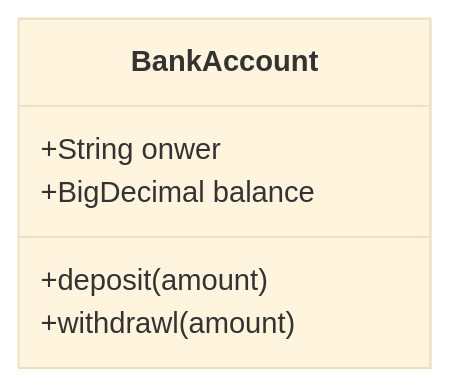
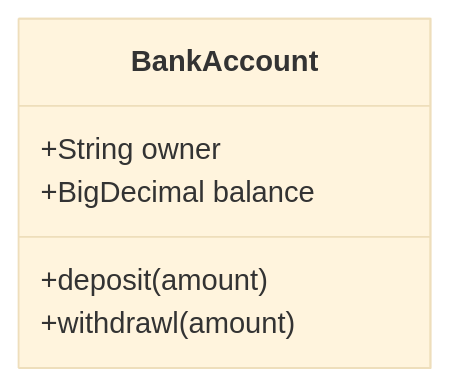
One commit to aazminu/mermaid changed the fourth of 10 diagrams in docs/classDiagram.md. Above: the diagram before and after it, drawn with Mermaid (base theme). The commit also changed other lines of this file, not shown here.

Commit message:
update classDiagram documentation: fix typos and describe naming convention

````diff
--- a/docs/classDiagram.md
+++ b/docs/classDiagram.md
@@ -125,8 +128,8 @@
   ```mermaid
     classDiagram
     class BankAccount
-    BankAccount : +String onwer
+    BankAccount : +String owner
     BankAccount : +BigDecimal balance
     BankAccount : +deposit(amount)
     BankAccount : +withdrawl(amount)
 ```
````
